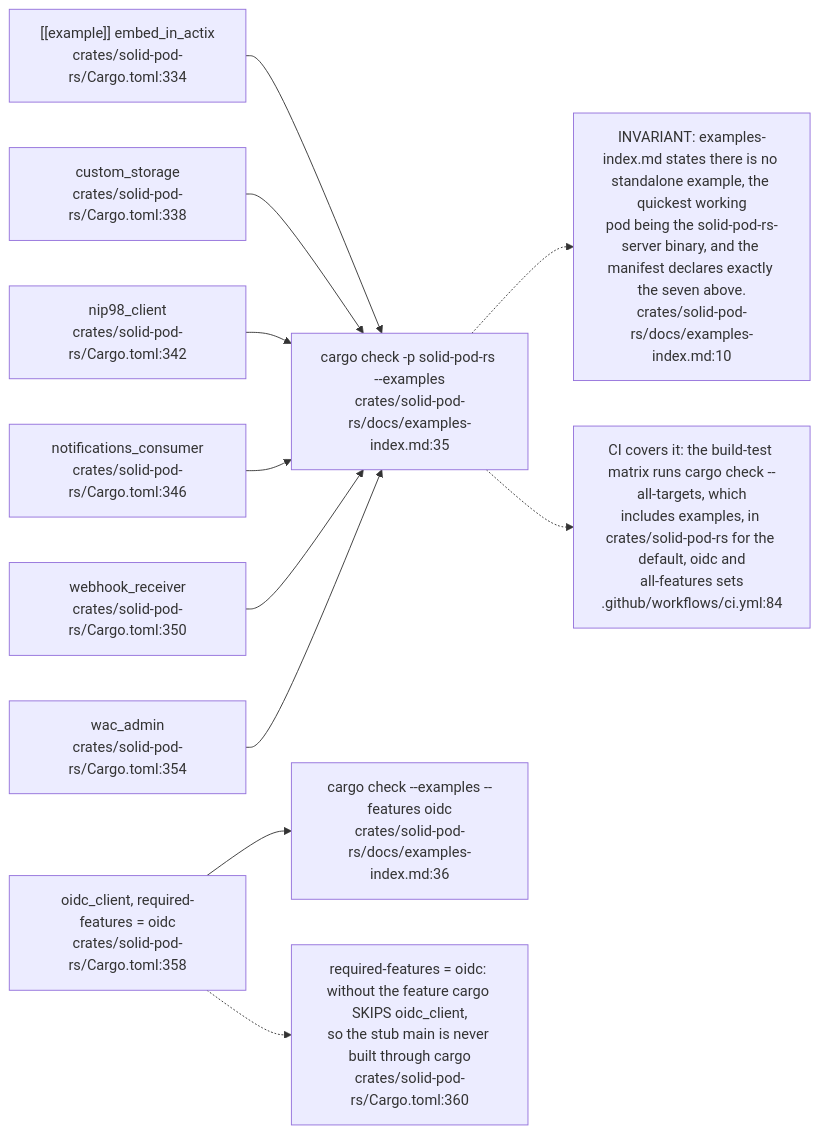
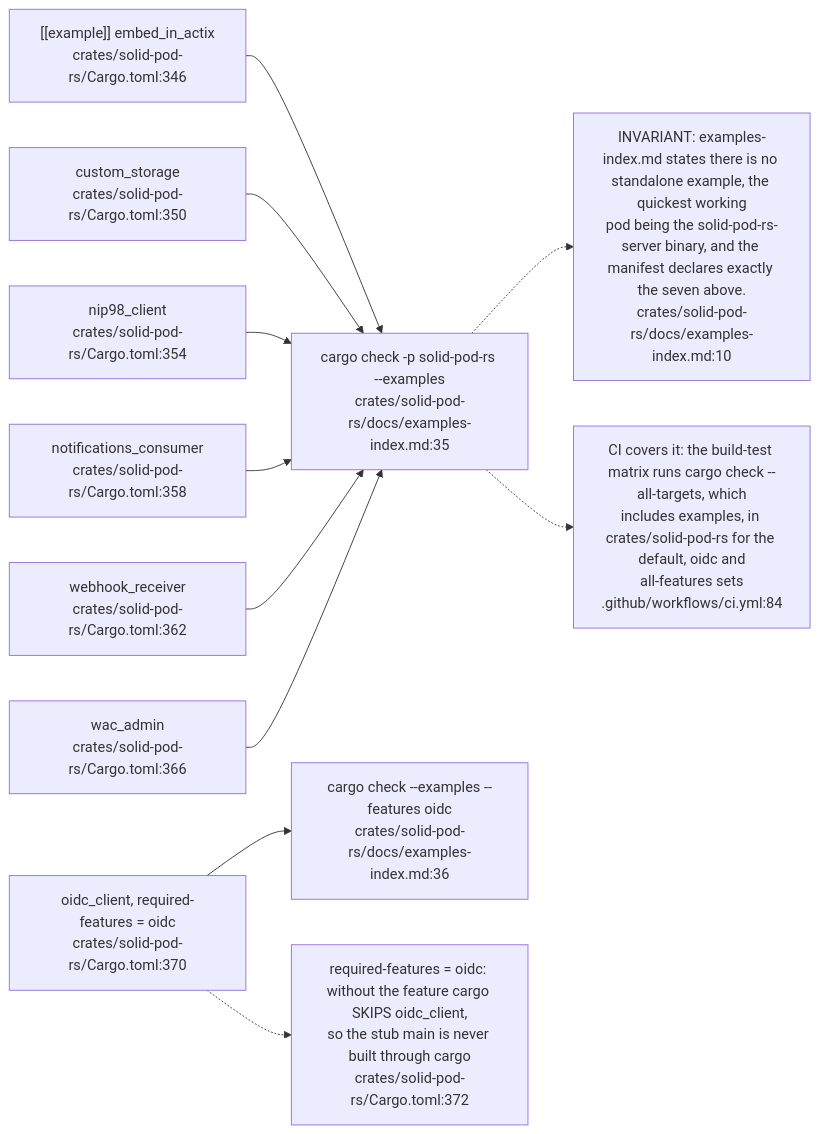
Before and after one commit to DreamLab-AI/VisionFlow: diagram 12 of 12 in docs/diagrams/solid-pod-rs/01-workspace-composition.md, drawn with Mermaid. The commit also changed other lines of this file, not shown here.

First line of the commit message:
docs(diagrams): SP-01 re-verified at solid-pod-rs a28a748

````diff
--- a/docs/diagrams/solid-pod-rs/01-workspace-composition.md
+++ b/docs/diagrams/solid-pod-rs/01-workspace-composition.md
@@ -365,27 +373,27 @@
 ```mermaid
 flowchart LR
-    D1["[[example]] embed_in_actix<br/>crates/solid-pod-rs/Cargo.toml:334"]
-    D2["custom_storage<br/>crates/solid-pod-rs/Cargo.toml:338"]
-    D3["nip98_client<br/>crates/solid-pod-rs/Cargo.toml:342"]
-    D4["notifications_consumer<br/>crates/solid-pod-rs/Cargo.toml:346"]
-    D5["webhook_receiver<br/>crates/solid-pod-rs/Cargo.toml:350"]
-    D6["wac_admin<br/>crates/solid-pod-rs/Cargo.toml:354"]
-    D7["oidc_client, required-features = oidc<br/>crates/solid-pod-rs/Cargo.toml:358"]
+    D1["[[example]] embed_in_actix<br/>crates/solid-pod-rs/Cargo.toml:346"]
+    D2["custom_storage<br/>crates/solid-pod-rs/Cargo.toml:350"]
+    D3["nip98_client<br/>crates/solid-pod-rs/Cargo.toml:354"]
+    D4["notifications_consumer<br/>crates/solid-pod-rs/Cargo.toml:358"]
+    D5["webhook_receiver<br/>crates/solid-pod-rs/Cargo.toml:362"]
+    D6["wac_admin<br/>crates/solid-pod-rs/Cargo.toml:366"]
+    D7["oidc_client, required-features = oidc<br/>crates/solid-pod-rs/Cargo.toml:370"]
     C1["cargo check -p solid-pod-rs --examples<br/>crates/solid-pod-rs/docs/examples-index.md:35"]
     C2["cargo check --examples --features oidc<br/>crates/solid-pod-rs/docs/examples-index.md:36"]
 
     D1 --> C1
     D2 --> C1
     D3 --> C1
     D4 --> C1
     D5 --> C1
     D6 --> C1
     D7 --> C2
 
-    N["required-features = oidc: without the feature cargo SKIPS oidc_client,<br/>so the stub main is never built through cargo<br/>crates/solid-pod-rs/Cargo.toml:360"]
+    N["required-features = oidc: without the feature cargo SKIPS oidc_client,<br/>so the stub main is never built through cargo<br/>crates/solid-pod-rs/Cargo.toml:372"]
     D7 -.-> N
     N2["INVARIANT: examples-index.md states there is no standalone example, the quickest working<br/>pod being the solid-pod-rs-server binary, and the manifest declares exactly the seven above.<br/>crates/solid-pod-rs/docs/examples-index.md:10"]
     C1 -.-> N2
     N3["CI covers it: the build-test matrix runs cargo check --all-targets, which<br/>includes examples, in crates/solid-pod-rs for the default, oidc and<br/>all-features sets<br/>.github/workflows/ci.yml:84"]
     C1 -.-> N3
 ```
````
